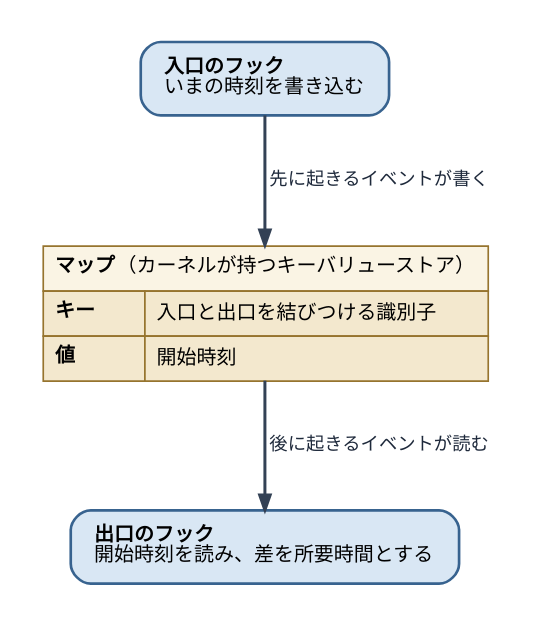
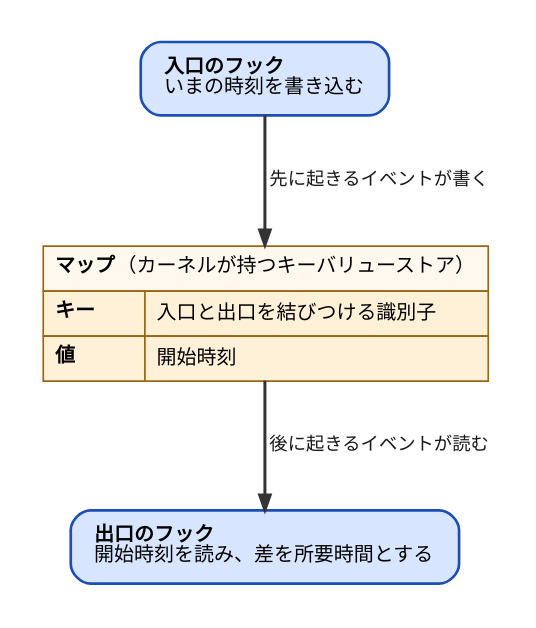
The diagram in diagrams/go-ebpf-primer/20260820-map-pattern.dot (ymotongpoo/zenn.dev), drawn with Graphviz before and after one commit. The commit also changed 111 other files, not shown here.

First line of the commit message:
change(go-ebpf-primer): 図の配色をGrafana Labsブランドガイド準拠に更新

```diff
--- a/diagrams/go-ebpf-primer/20260820-map-pattern.dot
+++ b/diagrams/go-ebpf-primer/20260820-map-pattern.dot
@@ -1,37 +1,37 @@
 // マップで入口と出口をつなぐ
 digraph map_pattern {
   graph [
     fontname="IBM Plex Sans JP", fontsize=13,
     rankdir=TB, compound=true, splines=true,
     nodesep=0.5, ranksep=0.7, pad=0.25,
     bgcolor="white", newrank=true
   ];
   node [
     fontname="IBM Plex Sans JP", fontsize=12,
     shape=box, style="rounded,filled",
-    fillcolor="#F1F5F9", color="#475569", penwidth=1.6,
+    fillcolor="#F1F1F1", color="#4A4A4A", penwidth=1.6,
     margin="0.2,0.14"
   ];
   edge [
     fontname="IBM Plex Sans JP", fontsize=11,
-    color="#334155", penwidth=1.4, arrowsize=0.9,
-    fontcolor="#1E293B"
+    color="#343434", penwidth=1.4, arrowsize=0.9,
+    fontcolor="#171717"
   ];
   ranksep=0.9;
 
   entry [label=<<b>入口のフック</b><br align="left"/>いまの時刻を書き込む<br align="left"/>>,
-         fillcolor="#D9E7F4", color="#38638F"];
+         fillcolor="#D8E5FF", color="#1D4EB2"];
 
   map [shape=plain, style="", label=<
-    <table border="0" cellborder="1" cellspacing="0" cellpadding="6" color="#96742E">
-      <tr><td colspan="2" align="left" bgcolor="#FAF4E4"><b>マップ</b>（カーネルが持つキーバリューストア）</td></tr>
-      <tr><td align="left" bgcolor="#F3E8CE"><b>キー</b></td><td align="left" bgcolor="#F3E8CE">入口と出口を結びつける識別子</td></tr>
-      <tr><td align="left" bgcolor="#F3E8CE"><b>値</b></td><td align="left" bgcolor="#F3E8CE">開始時刻</td></tr>
+    <table border="0" cellborder="1" cellspacing="0" cellpadding="6" color="#996719">
+      <tr><td colspan="2" align="left" bgcolor="#FFF8EE"><b>マップ</b>（カーネルが持つキーバリューストア）</td></tr>
+      <tr><td align="left" bgcolor="#FFF0D8"><b>キー</b></td><td align="left" bgcolor="#FFF0D8">入口と出口を結びつける識別子</td></tr>
+      <tr><td align="left" bgcolor="#FFF0D8"><b>値</b></td><td align="left" bgcolor="#FFF0D8">開始時刻</td></tr>
     </table>>];
 
   exit [label=<<b>出口のフック</b><br align="left"/>開始時刻を読み、差を所要時間とする<br align="left"/>>,
-        fillcolor="#D9E7F4", color="#38638F"];
+        fillcolor="#D8E5FF", color="#1D4EB2"];
 
   entry -> map [label=" 先に起きるイベントが書く", penwidth=1.8];
   map -> exit [label=" 後に起きるイベントが読む", penwidth=1.8];
 }
```
